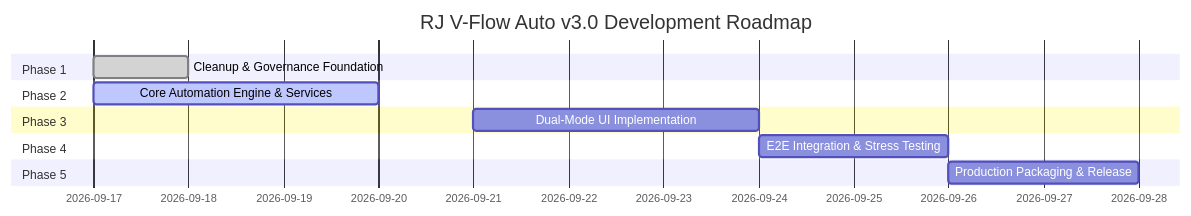
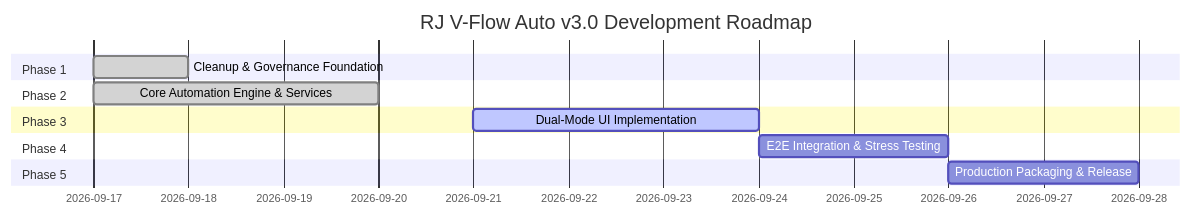
One commit to riiicil/rj-vflow-auto changed the diagram in docs/ROADMAP.md. Above: the diagram before and after it, drawn with Mermaid. The commit also changed other lines of this file and 5 other files, not shown here.

Commit message:
feat(core): implement FlowDownloadService and QueueManager orchestrator

````diff
--- a/docs/ROADMAP.md
+++ b/docs/ROADMAP.md
@@ -9,15 +9,15 @@
 ```mermaid
 gantt
     title RJ V-Flow Auto v3.0 Development Roadmap
     dateFormat  YYYY-MM-DD
     section Phase 1
     Cleanup & Governance Foundation       :done, 2026-09-17, 1d
     section Phase 2
-    Core Automation Engine & Services     :active, 2026-09-17, 3d
+    Core Automation Engine & Services     :done, 2026-09-17, 3d
     section Phase 3
-    Dual-Mode UI Implementation           :2026-09-21, 3d
+    Dual-Mode UI Implementation           :active, 2026-09-21, 3d
     section Phase 4
     E2E Integration & Stress Testing      :2026-09-24, 2d
     section Phase 5
     Production Packaging & Release        :2026-09-26, 2d
 ```
````
